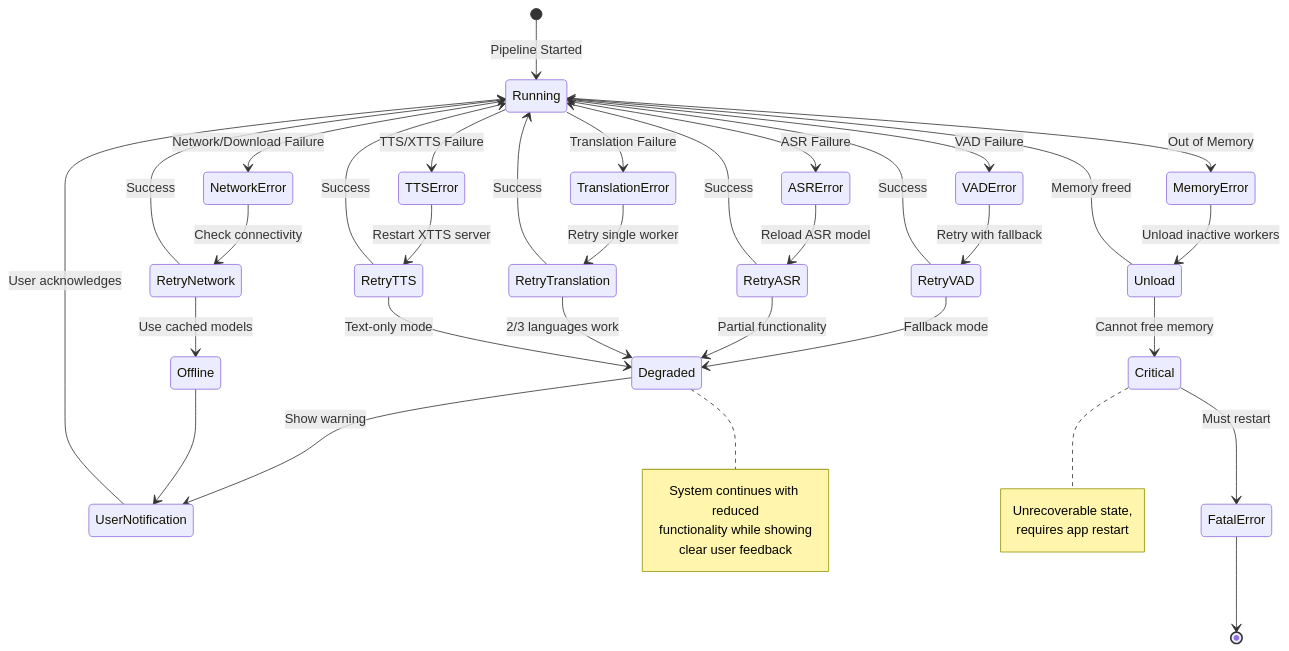
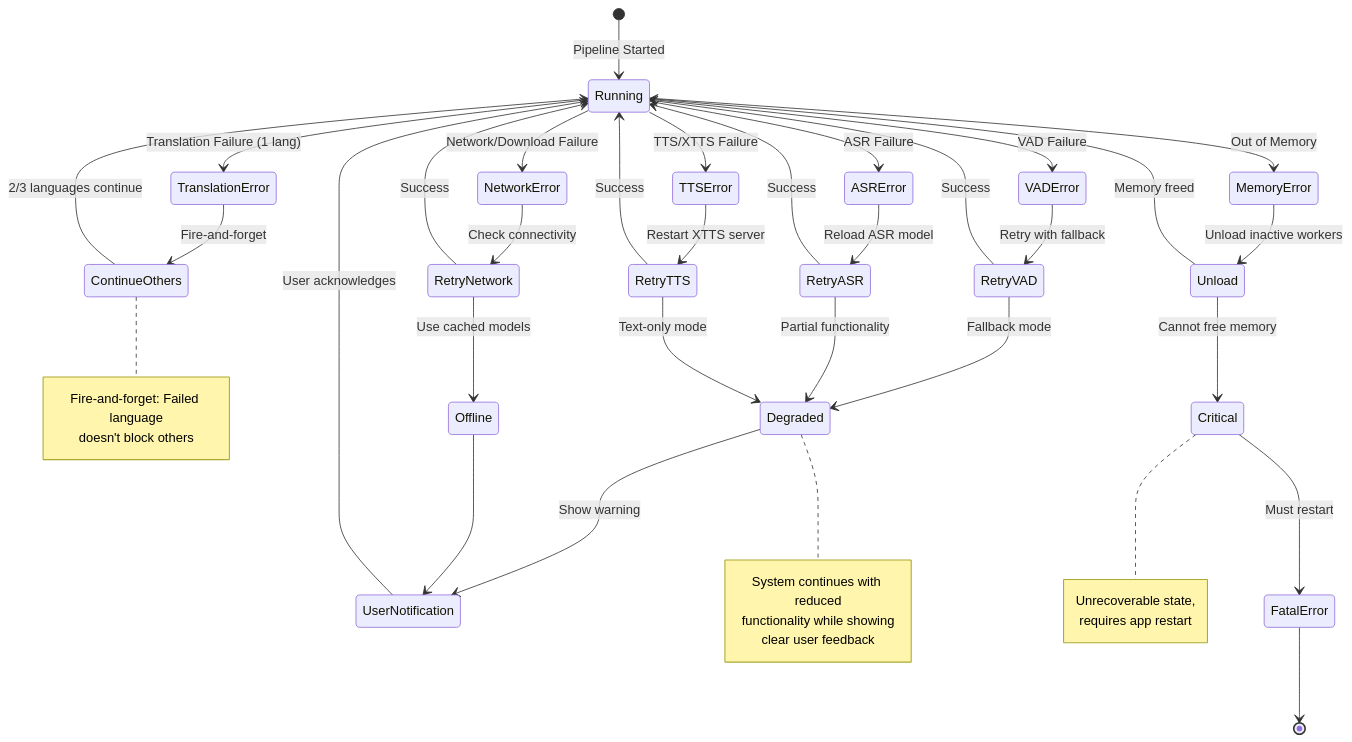
One commit to naturally-translate/voice-bridge changed diagram 17 of 17 in plans/project-plan.md. Above: the diagram before and after it, drawn with Mermaid. The commit also changed other lines of this file, not shown here.

````diff
--- a/plans/project-plan.md
+++ b/plans/project-plan.md
@@ -1852,53 +1808,57 @@
 ```mermaid
 stateDiagram-v2
     [*] --> Running: Pipeline Started
 
     Running --> VADError: VAD Failure
     Running --> ASRError: ASR Failure
-    Running --> TranslationError: Translation Failure
+    Running --> TranslationError: Translation Failure (1 lang)
     Running --> TTSError: TTS/XTTS Failure
     Running --> NetworkError: Network/Download Failure
     Running --> MemoryError: Out of Memory
 
     VADError --> RetryVAD: Retry with fallback
     RetryVAD --> Running: Success
     RetryVAD --> Degraded: Fallback mode
 
     ASRError --> RetryASR: Reload ASR model
     RetryASR --> Running: Success
     RetryASR --> Degraded: Partial functionality
 
-    TranslationError --> RetryTranslation: Retry single worker
-    RetryTranslation --> Running: Success
-    RetryTranslation --> Degraded: 2/3 languages work
+    TranslationError --> ContinueOthers: Fire-and-forget
+    ContinueOthers --> Running: 2/3 languages continue
 
     TTSError --> RetryTTS: Restart XTTS server
     RetryTTS --> Running: Success
     RetryTTS --> Degraded: Text-only mode
 
     NetworkError --> RetryNetwork: Check connectivity
     RetryNetwork --> Running: Success
     RetryNetwork --> Offline: Use cached models
 
     MemoryError --> Unload: Unload inactive workers
     Unload --> Running: Memory freed
     Unload --> Critical: Cannot free memory
 
     Degraded --> UserNotification: Show warning
     UserNotification --> Running: User acknowledges
 
     Offline --> UserNotification
     Critical --> FatalError: Must restart
     FatalError --> [*]
 
+    note right of ContinueOthers
+        Fire-and-forget: Failed language
+        doesn't block others
+    end note
+
     note right of Degraded
         System continues with reduced
         functionality while showing
         clear user feedback
     end note
 
     note right of Critical
         Unrecoverable state,
         requires app restart
     end note
 ```
````
